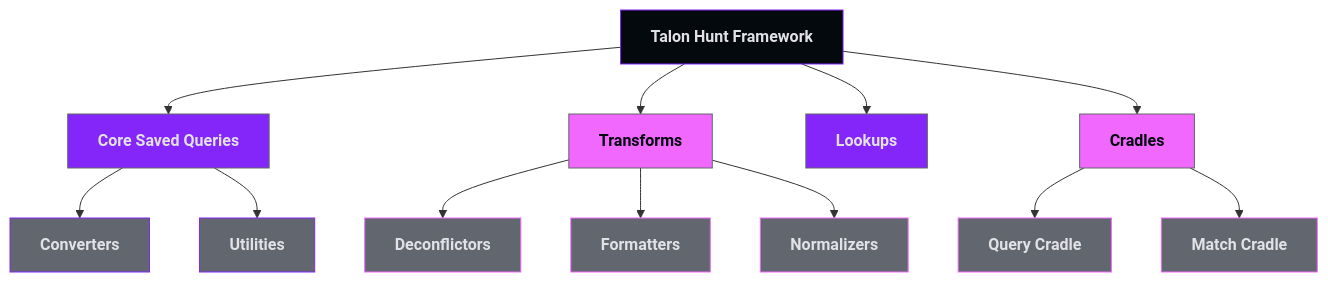
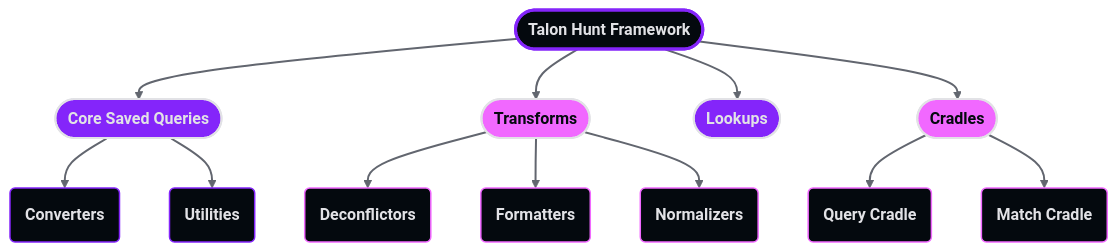
Before and after one commit to DominionCyber/talon_hunt_framework_documentation: the diagram in docs/specification.md, drawn with Mermaid.

````diff
--- a/docs/specification.md
+++ b/docs/specification.md
@@ -10,37 +10,34 @@
 ```mermaid
 graph TD
-    A[Talon Hunt Framework]
+    A([Talon Hunt Framework])
 
-    A --> B[Core Saved Queries]
-    A --> C[Transforms]
-    A --> D[Lookups]
-    A --> E[Cradles]
+    A --> B([Core Saved Queries])
+    A --> C([Transforms])
+    A --> D([Lookups])
+    A --> E([Cradles])
 
-    B --> B1[Converters]
-    B --> B2[Utilities]
+    B --> B1(Converters)
+    B --> B2(Utilities)
 
-    C --> C1[Deconflictors]
-    C --> C2[Formatters]
-    C --> C3[Normalizers]
+    C --> C1(Deconflictors)
+    C --> C2(Formatters)
+    C --> C3(Normalizers)
 
-    E --> E1[Query Cradle]
-    E --> E2[Match Cradle]
+    E --> E1(Query Cradle)
+    E --> E2(Match Cradle)
 
-    classDef root fill:#04090E,stroke:#8425FA,color:#E2E2E6,font-weight:bold
-    classDef core fill:#8425FA,stroke:#62666F,color:#E2E2E6
-    classDef coreChild fill:#62666F,stroke:#8425FA,color:#E2E2E6
-    classDef transform fill:#F168FF,stroke:#62666F,color:#04090E
-    classDef transformChild fill:#62666F,stroke:#F168FF,color:#E2E2E6
-    classDef lookup fill:#8425FA,stroke:#62666F,color:#E2E2E6
-    classDef cradle fill:#F168FF,stroke:#62666F,color:#04090E
-    classDef cradleChild fill:#62666F,stroke:#F168FF,color:#E2E2E6
+    classDef root fill:#04090E,stroke:#8425FA,stroke-width:3px,color:#E2E2E6,font-weight:bold
+    classDef purple fill:#8425FA,stroke:#E2E2E6,stroke-width:2px,color:#E2E2E6,font-weight:bold
+    classDef pink fill:#F168FF,stroke:#E2E2E6,stroke-width:2px,color:#04090E,font-weight:bold
+    classDef purpleChild fill:#04090E,stroke:#8425FA,stroke-width:1.5px,color:#E2E2E6
+    classDef pinkChild fill:#04090E,stroke:#F168FF,stroke-width:1.5px,color:#E2E2E6
 
     class A root
-    class B core
-    class B1,B2 coreChild
-    class C transform
-    class C1,C2,C3 transformChild
-    class D lookup
-    class E cradle
-    class E1,E2 cradleChild
+    class B,D purple
+    class C,E pink
+    class B1,B2 purpleChild
+    class C1,C2,C3 pinkChild
+    class E1,E2 pinkChild
+
+    linkStyle default stroke:#62666F,stroke-width:2px
 ```
````
